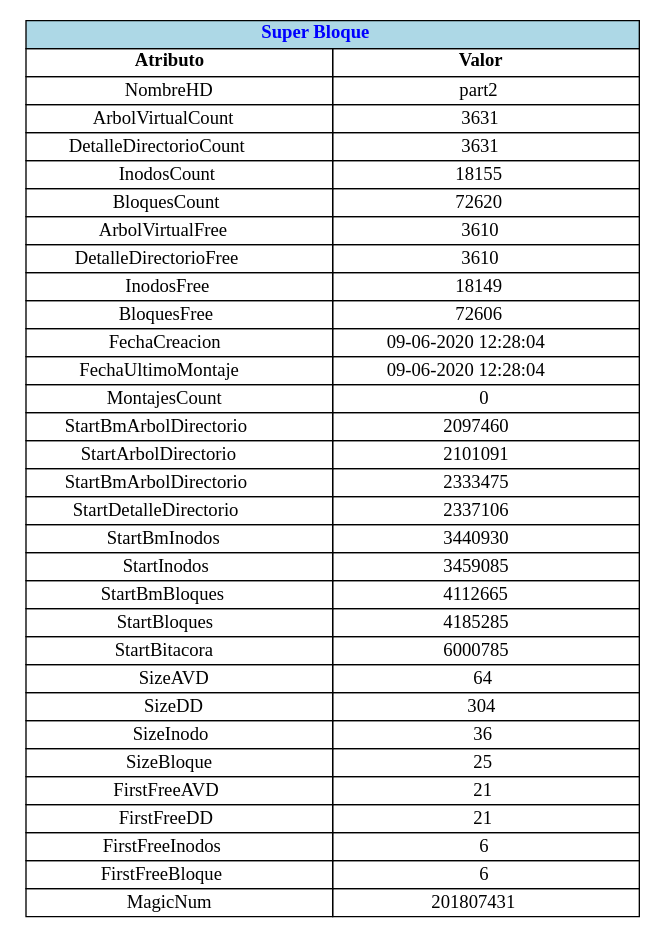
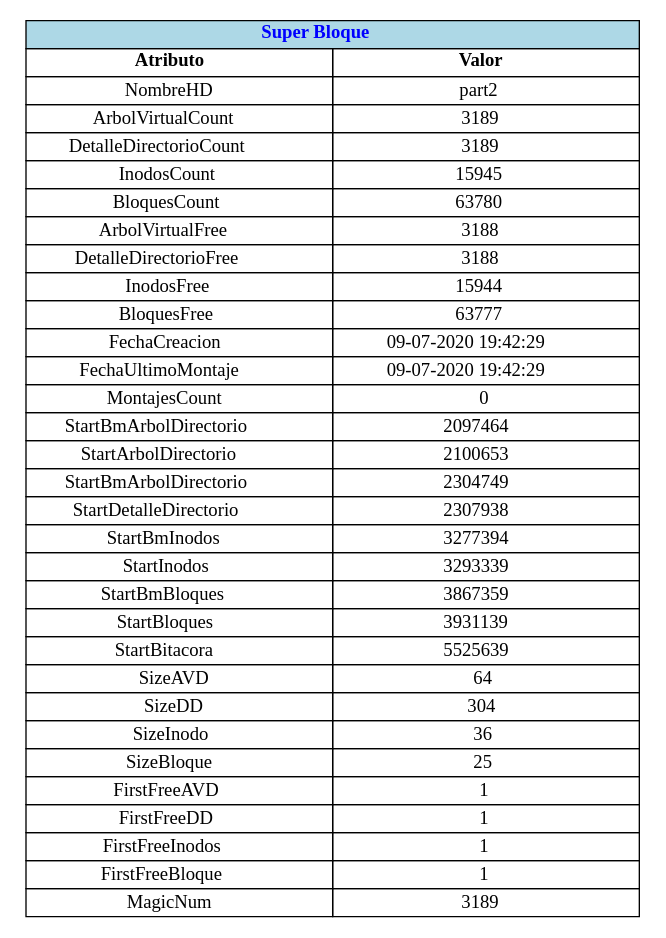
Before and after one commit to xJosee/SistemaArchivos: the diagram in Reportes/graficaSuperBloque.dot, drawn with Graphviz. The commit also changed 8 other files, not shown here.

```diff
--- a/Reportes/graficaSuperBloque.dot
+++ b/Reportes/graficaSuperBloque.dot
@@ -1,39 +1,39 @@
 digraph G{ 
 node [shape=plaintext]
 tbl[
 label=<
 <table border='0' cellborder='1' cellspacing='0' width='300'  height='200' >
  <tr ><td colspan='2' bgcolor= 'lightblue' ><b><font color='blue'>Super Bloque</font></b></td></tr><tr>  <td width='230'> <b>Atributo</b> </td> <td width='230'> <b>Valor</b> </td>  </tr>
 <tr>  <td>NombreHD</td><td>part2</td>  </tr>
-<tr>  <td>ArbolVirtualCount</td><td>3631</td>  </tr>
-<tr>  <td>DetalleDirectorioCount</td><td>3631</td>  </tr>
-<tr>  <td>InodosCount</td><td>18155</td>  </tr>
-<tr>  <td>BloquesCount</td><td>72620</td>  </tr>
-<tr>  <td>ArbolVirtualFree</td><td>3610</td>  </tr>
-<tr>  <td>DetalleDirectorioFree</td><td>3610</td>  </tr>
-<tr>  <td>InodosFree</td><td>18149</td>  </tr>
-<tr>  <td>BloquesFree</td><td>72606</td>  </tr>
-<tr>  <td>FechaCreacion</td><td>09-06-2020 12:28:04</td>  </tr>
-<tr>  <td>FechaUltimoMontaje</td><td>09-06-2020 12:28:04</td>  </tr>
+<tr>  <td>ArbolVirtualCount</td><td>3189</td>  </tr>
+<tr>  <td>DetalleDirectorioCount</td><td>3189</td>  </tr>
+<tr>  <td>InodosCount</td><td>15945</td>  </tr>
+<tr>  <td>BloquesCount</td><td>63780</td>  </tr>
+<tr>  <td>ArbolVirtualFree</td><td>3188</td>  </tr>
+<tr>  <td>DetalleDirectorioFree</td><td>3188</td>  </tr>
+<tr>  <td>InodosFree</td><td>15944</td>  </tr>
+<tr>  <td>BloquesFree</td><td>63777</td>  </tr>
+<tr>  <td>FechaCreacion</td><td>09-07-2020 19:42:29</td>  </tr>
+<tr>  <td>FechaUltimoMontaje</td><td>09-07-2020 19:42:29</td>  </tr>
 <tr>  <td>MontajesCount</td><td>0</td>  </tr>
-<tr>  <td>StartBmArbolDirectorio</td><td>2097460</td>  </tr>
-<tr>  <td>StartArbolDirectorio</td><td>2101091</td>  </tr>
-<tr>  <td>StartBmArbolDirectorio</td><td>2333475</td>  </tr>
-<tr>  <td>StartDetalleDirectorio</td><td>2337106</td>  </tr>
-<tr>  <td>StartBmInodos</td><td>3440930</td>  </tr>
-<tr>  <td>StartInodos</td><td>3459085</td>  </tr>
-<tr>  <td>StartBmBloques</td><td>4112665</td>  </tr>
-<tr>  <td>StartBloques</td><td>4185285</td>  </tr>
-<tr>  <td>StartBitacora</td><td>6000785</td>  </tr>
+<tr>  <td>StartBmArbolDirectorio</td><td>2097464</td>  </tr>
+<tr>  <td>StartArbolDirectorio</td><td>2100653</td>  </tr>
+<tr>  <td>StartBmArbolDirectorio</td><td>2304749</td>  </tr>
+<tr>  <td>StartDetalleDirectorio</td><td>2307938</td>  </tr>
+<tr>  <td>StartBmInodos</td><td>3277394</td>  </tr>
+<tr>  <td>StartInodos</td><td>3293339</td>  </tr>
+<tr>  <td>StartBmBloques</td><td>3867359</td>  </tr>
+<tr>  <td>StartBloques</td><td>3931139</td>  </tr>
+<tr>  <td>StartBitacora</td><td>5525639</td>  </tr>
 <tr>  <td>SizeAVD</td><td>64</td>  </tr>
 <tr>  <td>SizeDD</td><td>304</td>  </tr>
 <tr>  <td>SizeInodo</td><td>36</td>  </tr>
 <tr>  <td>SizeBloque</td><td>25</td>  </tr>
-<tr>  <td>FirstFreeAVD</td><td>21</td>  </tr>
-<tr>  <td>FirstFreeDD</td><td>21</td>  </tr>
-<tr>  <td>FirstFreeInodos</td><td>6</td>  </tr>
-<tr>  <td>FirstFreeBloque</td><td>6</td>  </tr>
-<tr>  <td>MagicNum</td><td>201807431</td>  </tr>
+<tr>  <td>FirstFreeAVD</td><td>1</td>  </tr>
+<tr>  <td>FirstFreeDD</td><td>1</td>  </tr>
+<tr>  <td>FirstFreeInodos</td><td>1</td>  </tr>
+<tr>  <td>FirstFreeBloque</td><td>1</td>  </tr>
+<tr>  <td>MagicNum</td><td>3189</td>  </tr>
 </table>
 >];
 }
```
